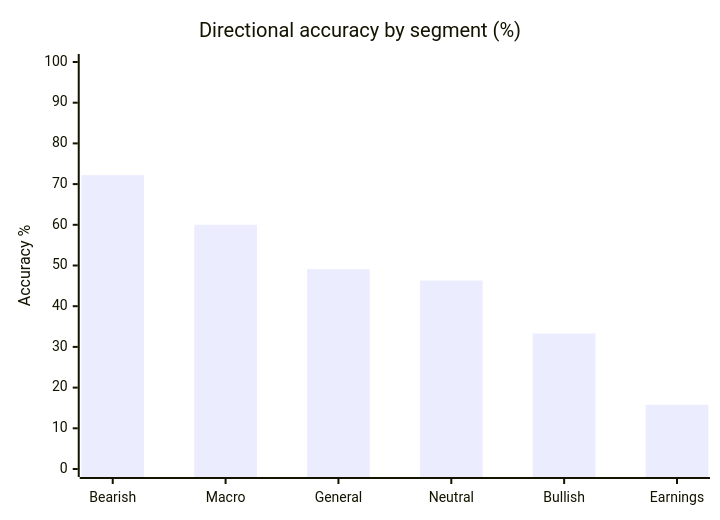
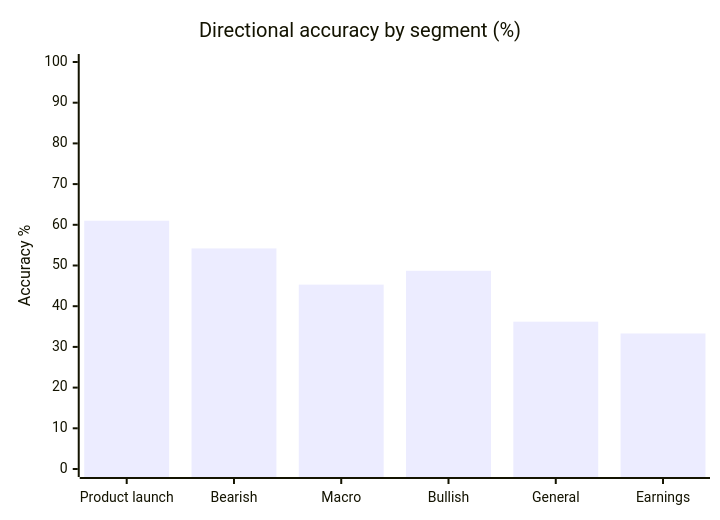
The first of 3 diagrams in README.md (yehomak/NewsAlpha), drawn with Mermaid before and after one commit. The commit also changed other lines of this file, not shown here.

````diff
--- a/README.md
+++ b/README.md
@@ -25,7 +23,7 @@
 ```mermaid
 xychart-beta
     title "Directional accuracy by segment (%)"
-    x-axis ["Bearish", "Macro", "General", "Neutral", "Bullish", "Earnings"]
+    x-axis ["Product launch", "Bearish", "Macro", "Bullish", "General", "Earnings"]
     y-axis "Accuracy %" 0 --> 100
-    bar [72.2, 60.0, 49.1, 46.3, 33.3, 15.8]
+    bar [61.0, 54.2, 45.3, 48.7, 36.2, 33.3]
 ```
````
